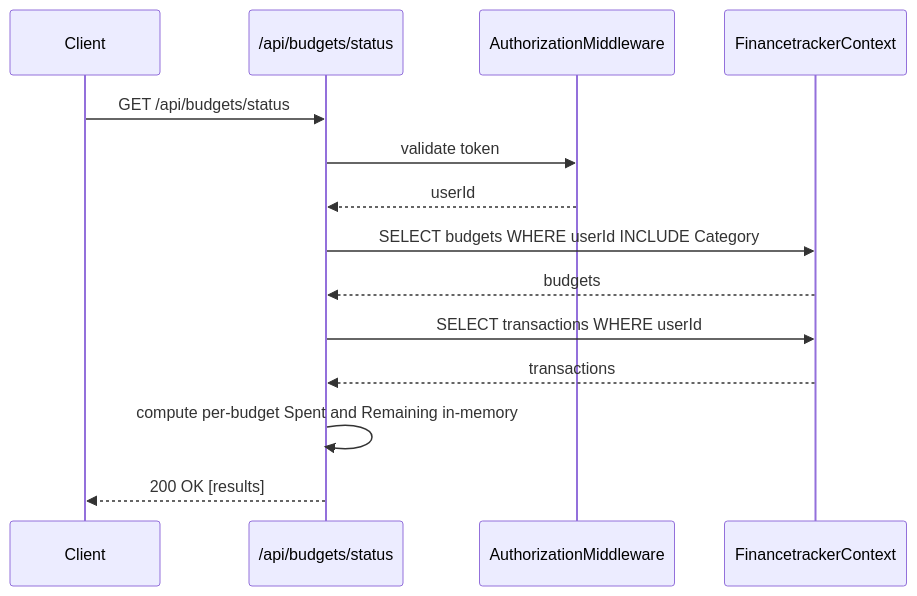
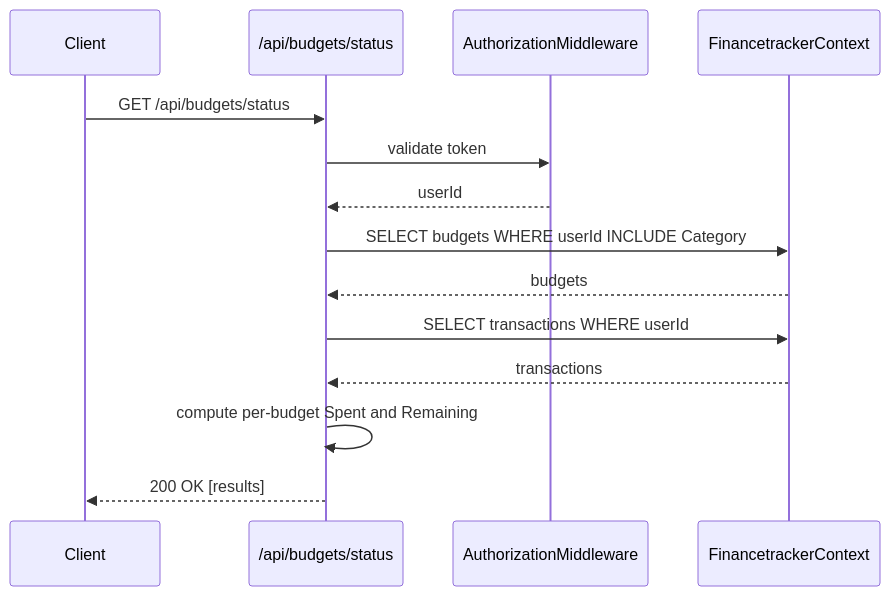
One commit to cimpa2004/financeTracker changed the diagram in docs/sequence-diagrams/budgets/diagrams/get-all-budgets-status_1.mmd. Above: the diagram before and after it, drawn with Mermaid. The commit also changed 1 other file, not shown here.

```diff
--- a/docs/sequence-diagrams/budgets/diagrams/get-all-budgets-status_1.mmd
+++ b/docs/sequence-diagrams/budgets/diagrams/get-all-budgets-status_1.mmd
@@ -1,15 +1,15 @@
 sequenceDiagram
     participant Client
     participant API as /api/budgets/status
     participant AuthorizationMiddleware
     participant Db as FinancetrackerContext
 
     Client->>API: GET /api/budgets/status
     API->>AuthorizationMiddleware: validate token
     AuthorizationMiddleware-->>API: userId
     API->>Db: SELECT budgets WHERE userId INCLUDE Category
     Db-->>API: budgets
     API->>Db: SELECT transactions WHERE userId
     Db-->>API: transactions
-    API->>API: compute per-budget Spent and Remaining in-memory
+    API->>API: compute per-budget Spent and Remaining
     API-->>Client: 200 OK [results]
```
